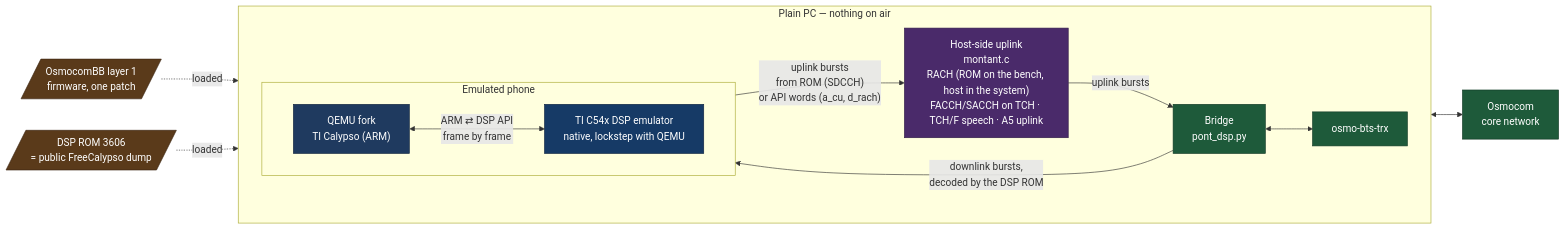
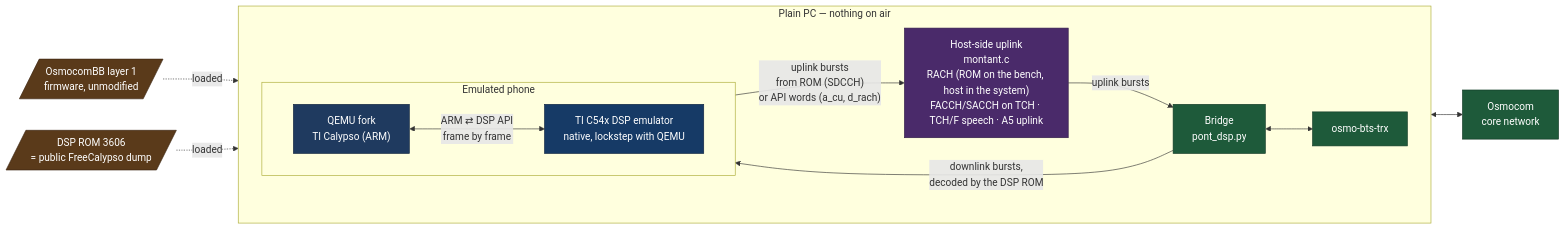
Before and after one commit to bbaranoff/c54x_exe: the diagram in docs/emulating-the-baseband.md, drawn with Mermaid. The commit also changed other lines of this file and 2 other files, not shown here.

````diff
--- a/docs/emulating-the-baseband.md
+++ b/docs/emulating-the-baseband.md
@@ -15,32 +15,32 @@
 ```mermaid
 flowchart LR
     classDef input fill:#5a3a1a,stroke:#3a2410,color:#fff
     classDef arm fill:#1f3a5f,stroke:#142640,color:#fff
     classDef dsp fill:#163a66,stroke:#0e2440,color:#fff
     classDef host fill:#4a2a6a,stroke:#301a48,color:#fff
     classDef net fill:#1e5a3a,stroke:#123a25,color:#fff
 
-    FW[/OsmocomBB layer 1<br/>firmware, one patch/]:::input
+    FW[/OsmocomBB layer 1<br/>firmware, unmodified/]:::input
     ROM[/DSP ROM 3606<br/>= public FreeCalypso dump/]:::input
 
     subgraph PC["Plain PC — nothing on air"]
         direction LR
         subgraph PHONE["Emulated phone"]
             direction LR
             ARM["QEMU fork<br/>TI Calypso (ARM)"]:::arm
             DSP["TI C54x DSP emulator<br/>native, lockstep with QEMU"]:::dsp
             ARM <-->|"ARM ⇄ DSP API<br/>frame by frame"| DSP
         end
         HOST["Host-side uplink<br/>montant.c<br/>RACH (ROM on the bench, host in the system)<br/>FACCH/SACCH on TCH · TCH/F speech · A5 uplink"]:::host
         BRIDGE["Bridge<br/>pont_dsp.py"]:::net
         TRX["osmo-bts-trx"]:::net
     end
     CN["Osmocom<br/>core network"]:::net
 
     FW -. loaded .-> ARM
     ROM -. loaded .-> DSP
     DSP -->|"uplink bursts<br/>from ROM (SDCCH)<br/>or API words (a_cu, d_rach)"| HOST
     HOST -->|uplink bursts| BRIDGE
     BRIDGE -->|"downlink bursts,<br/>decoded by the DSP ROM"| DSP
     BRIDGE <--> TRX <--> CN
 ```
````
